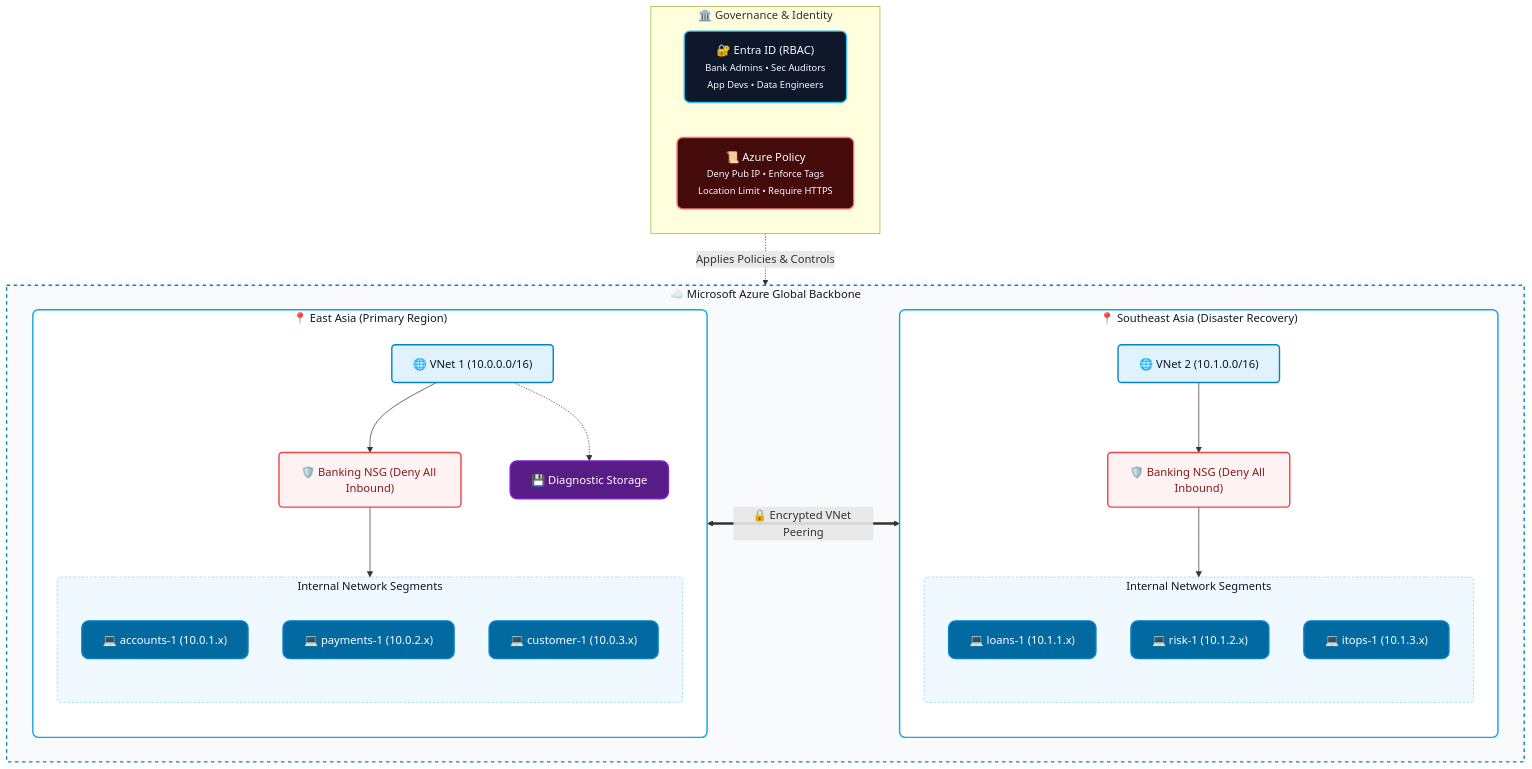
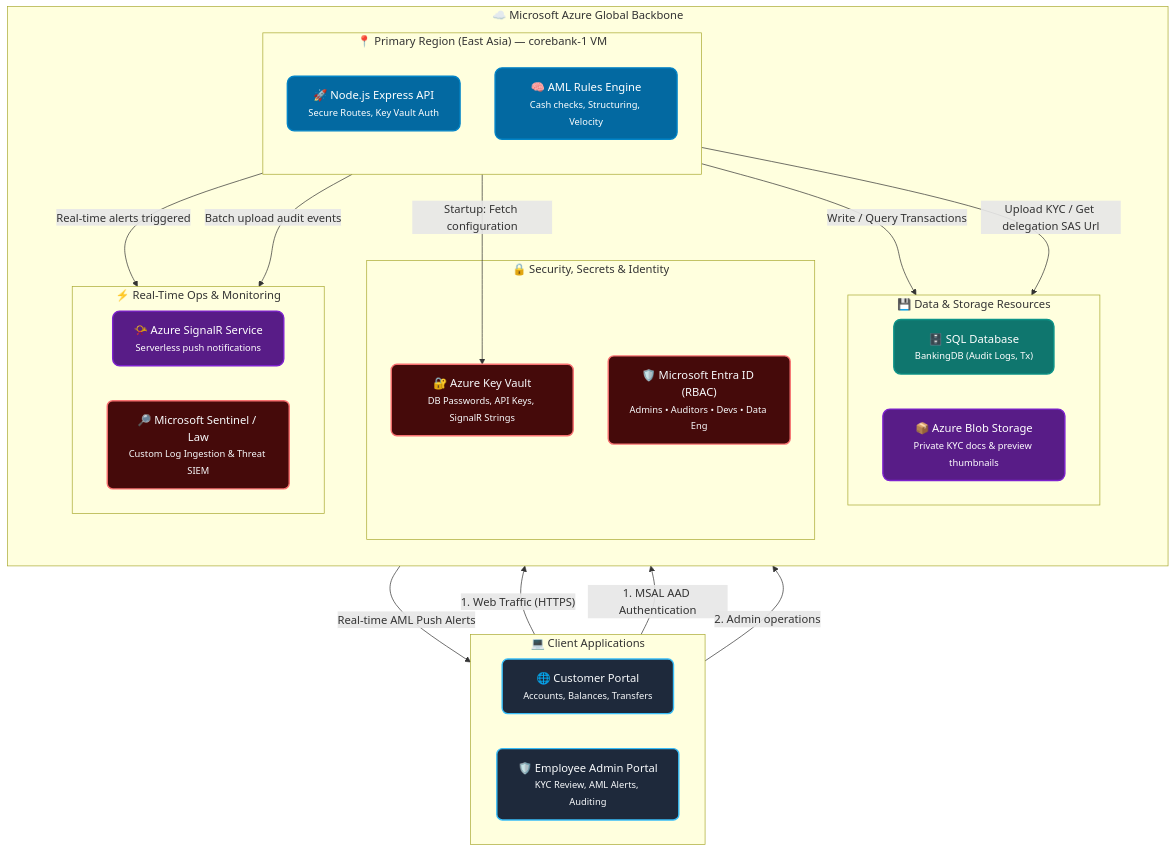
One commit to gulmaan87/Azure-banking-system changed the diagram in README.md. Above: the diagram before and after it, drawn with Mermaid. The commit also changed other lines of this file and 1 other file, not shown here.

````diff
--- a/README.md
+++ b/README.md
@@ -21,68 +22,61 @@
 ```mermaid
 flowchart TB
     %% --- Custom Styles ---
-    classDef identity fill:#0f172a,stroke:#38bdf8,stroke-width:2px,color:#f8fafc,rx:8,ry:8
-    classDef policy fill:#450a0a,stroke:#f87171,stroke-width:2px,color:#f8fafc,rx:8,ry:8
-    classDef azureCloud fill:#f8fafc,stroke:#0284c7,stroke-width:2px,stroke-dasharray: 5 5,color:#0f172a
-    classDef region fill:#ffffff,stroke:#0ea5e9,stroke-width:2px,color:#0f172a,rx:8,ry:8
-    classDef vnet fill:#e0f2fe,stroke:#0284c7,stroke-width:2px,color:#0f172a,rx:5,ry:5
-    classDef subnet fill:#f0f9ff,stroke:#7dd3fc,stroke-width:1px,color:#0f172a,stroke-dasharray: 3 3,rx:5,ry:5
-    classDef nsg fill:#fef2f2,stroke:#ef4444,stroke-width:2px,color:#7f1d1d,rx:5,ry:5
+    classDef client fill:#1e293b,stroke:#38bdf8,stroke-width:2px,color:#f8fafc,rx:8,ry:8
+    classDef cloud fill:#f8fafc,stroke:#0284c7,stroke-width:2px,stroke-dasharray: 5 5,color:#0f172a
     classDef vm fill:#0369a1,stroke:#0284c7,stroke-width:2px,color:#ffffff,rx:10,ry:10
+    classDef db fill:#0f766e,stroke:#0d9488,stroke-width:2px,color:#ffffff,rx:10,ry:10
     classDef storage fill:#581c87,stroke:#7e22ce,stroke-width:2px,color:#ffffff,rx:10,ry:10
+    classDef security fill:#450a0a,stroke:#f87171,stroke-width:2px,color:#f8fafc,rx:8,ry:8
 
-    subgraph Governance["🏛️ Governance & Identity"]
+    subgraph ClientLayer["💻 Client Applications"]
         direction LR
-        RBAC["🔐 Entra ID (RBAC)<br/><small>Bank Admins • Sec Auditors<br>App Devs • Data Engineers</small>"]:::identity
-        Policy["📜 Azure Policy<br/><small>Deny Pub IP • Enforce Tags<br>Location Limit • Require HTTPS</small>"]:::policy
+        PortalC["🌐 Customer Portal<br/><small>Accounts, Balances, Transfers</small>"]:::client
+        PortalA["🛡️ Employee Admin Portal<br/><small>KYC Review, AML Alerts, Auditing</small>"]:::client
     end
 
     subgraph AzureCloud["☁️ Microsoft Azure Global Backbone"]
-        direction LR
+        direction TB
 
-        %% REGION 1
-        subgraph Region1["📍 East Asia (Primary Region)"]
+        %% Compute Layer
+        subgraph ComputeRG["📍 Primary Region (East Asia) — corebank-1 VM"]
             direction TB
-            VNet1["🌐 VNet 1 (10.0.0.0/16)"]:::vnet
-            NSG1["🛡️ Banking NSG (Deny All Inbound)"]:::nsg
-            
-            subgraph Subnets1["Internal Network Segments"]
-                direction TB
-                VM1A["💻 accounts-1 (10.0.1.x)"]:::vm
-                VM1B["💻 payments-1 (10.0.2.x)"]:::vm
-                VM1C["💻 customer-1 (10.0.3.x)"]:::vm
-            end
-            
-            Storage["💾 Diagnostic Storage"]:::storage
-
-            VNet1 --> NSG1
-            NSG1 --> Subnets1
-            VNet1 -.-> Storage
+            API["🚀 Node.js Express API<br/><small>Secure Routes, Key Vault Auth</small>"]:::vm
+            AML["🧠 AML Rules Engine<br/><small>Cash checks, Structuring, Velocity</small>"]:::vm
         end
 
-        %% REGION 2
-        subgraph Region2["📍 Southeast Asia (Disaster Recovery)"]
-            direction TB
-            VNet2["🌐 VNet 2 (10.1.0.0/16)"]:::vnet
-            NSG2["🛡️ Banking NSG (Deny All Inbound)"]:::nsg
-            
-            subgraph Subnets2["Internal Network Segments"]
-                direction TB
-                VM2A["💻 loans-1 (10.1.1.x)"]:::vm
-                VM2B["💻 risk-1 (10.1.2.x)"]:::vm
-                VM2C["💻 itops-1 (10.1.3.x)"]:::vm
-            end
-
-            VNet2 --> NSG2
-            NSG2 --> Subnets2
+        %% Identity & Secrets
+        subgraph SecurityControls["🔒 Security, Secrets & Identity"]
+            Vault["🔐 Azure Key Vault<br/><small>DB Passwords, API Keys, SignalR Strings</small>"]:::security
+            Entra["🛡️ Microsoft Entra ID (RBAC)<br/><small>Admins • Auditors • Devs • Data Eng</small>"]:::security
         end
 
-        Region1 <==>|"🔒 Encrypted VNet Peering"| Region2
+        %% Data & Storage
+        subgraph StorageRG["💾 Data & Storage Resources"]
+            direction LR
+            Database["🗄️ SQL Database<br/><small>BankingDB (Audit Logs, Tx)</small>"]:::db
+            Blob["📦 Azure Blob Storage<br/><small>Private KYC docs & preview thumbnails</small>"]:::storage
+        end
+
+        %% Realtime & Logging
+        subgraph RealtimeLogging["⚡ Real-Time Ops & Monitoring"]
+            direction LR
+            SignalR["📯 Azure SignalR Service<br/><small>Serverless push notifications</small>"]:::storage
+            Sentinel["🔎 Microsoft Sentinel / Law<br/><small>Custom Log Ingestion & Threat SIEM</small>"]:::security
+        end
     end
+
+    %% --- Interaction Flows ---
+    PortalC -->|"1. Web Traffic (HTTPS)"| API
+    PortalA -->|"1. MSAL AAD Authentication"| Entra
+    PortalA -->|"2. Admin operations"| API
     
-    Governance -.->|"Applies Policies & Controls"| AzureCloud
+    API -->|"Startup: Fetch configuration"| Vault
+    API -->|"Write / Query Transactions"| Database
+    API -->|"Upload KYC / Get delegation SAS Url"| Blob
     
-    class AzureCloud azureCloud
-    class Region1,Region2 region
-    class Subnets1,Subnets2 subnet
+    AML -->|"Real-time alerts triggered"| SignalR
+    SignalR -->|"Real-time AML Push Alerts"| PortalA
+    
+    API -->|"Batch upload audit events"| Sentinel
 ```
````
